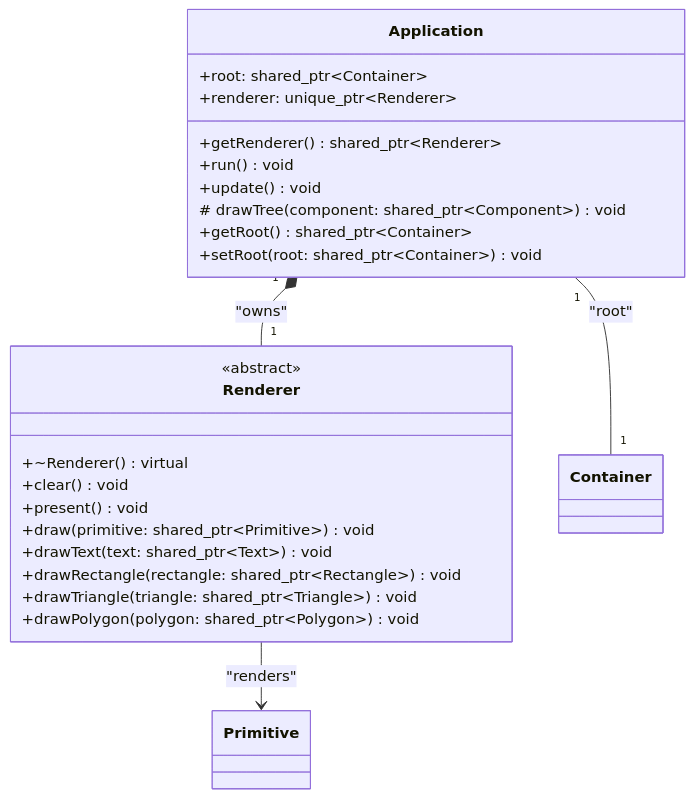
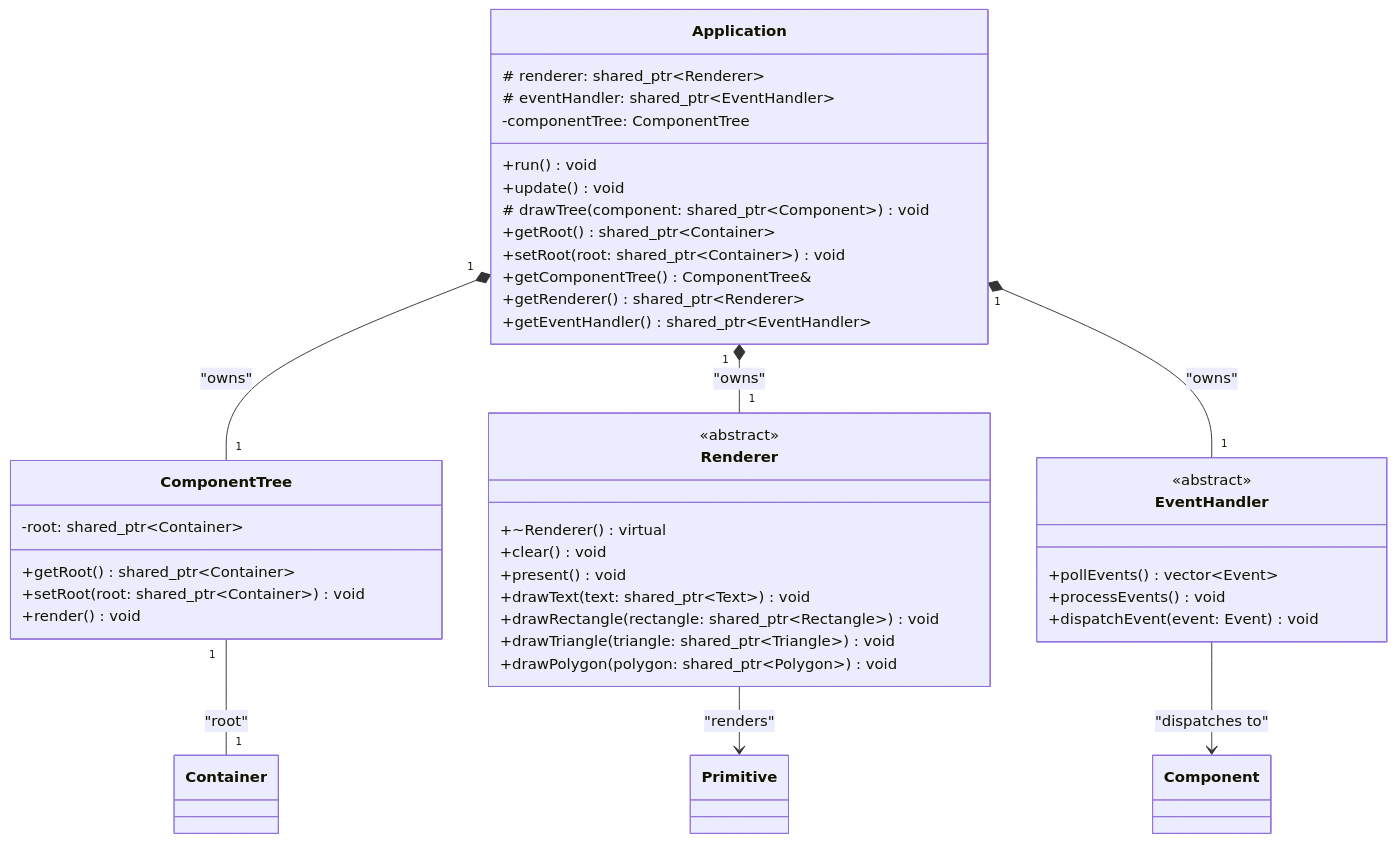
The fifth of 6 diagrams in docs/ARCHITECTURE.md (etib-corp/guillaume), drawn with Mermaid before and after one commit. The commit also changed other lines of this file and 26 other files, not shown here.

````diff
--- a/docs/ARCHITECTURE.md
+++ b/docs/ARCHITECTURE.md
@@ -187,32 +215,51 @@
 ```mermaid
 classDiagram
   class Application {
-    +root: shared_ptr~Container~
-    +renderer: unique_ptr~Renderer~
-		+getRenderer() shared_ptr~Renderer~
+    # renderer: shared_ptr~Renderer~
+    # eventHandler: shared_ptr~EventHandler~
+    -componentTree: ComponentTree
     +run() void
     +update() void
     # drawTree(component: shared_ptr~Component~) void
     +getRoot() shared_ptr~Container~
     +setRoot(root: shared_ptr~Container~) void
+    +getComponentTree() ComponentTree&
+    +getRenderer() shared_ptr~Renderer~
+    +getEventHandler() shared_ptr~EventHandler~
+  }
+
+  class ComponentTree {
+    -root: shared_ptr~Container~
+    +getRoot() shared_ptr~Container~
+    +setRoot(root: shared_ptr~Container~) void
+    +render() void
   }
 
   class Renderer {
     <<abstract>>
     +~Renderer() virtual
     +clear() void
     +present() void
-    +draw(primitive: shared_ptr~Primitive~) void
     +drawText(text: shared_ptr~Text~) void
     +drawRectangle(rectangle: shared_ptr~Rectangle~) void
     +drawTriangle(triangle: shared_ptr~Triangle~) void
     +drawPolygon(polygon: shared_ptr~Polygon~) void
   }
 
+  class EventHandler {
+    <<abstract>>
+    +pollEvents() vector~Event~
+    +processEvents() void
+    +dispatchEvent(event: Event) void
+  }
+
   class Container {
   }
 
-  Application "1" -- "1" Container : "root"
+  Application "1" *-- "1" ComponentTree : "owns"
+  ComponentTree "1" -- "1" Container : "root"
   Application "1" *-- "1" Renderer : "owns"
+  Application "1" *-- "1" EventHandler : "owns"
   Renderer --> Primitive : "renders"
+  EventHandler --> Component : "dispatches to"
 ```
````
